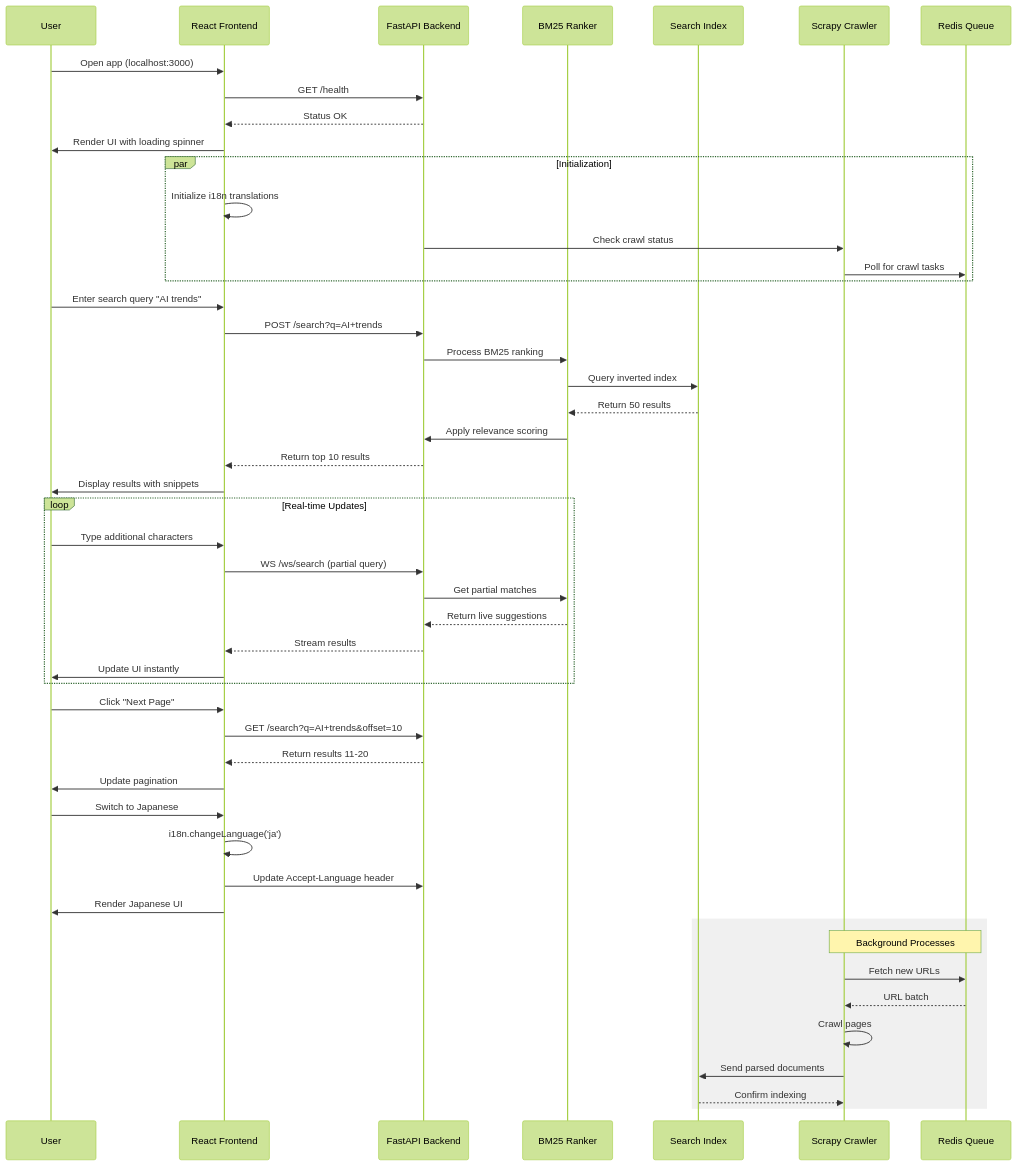
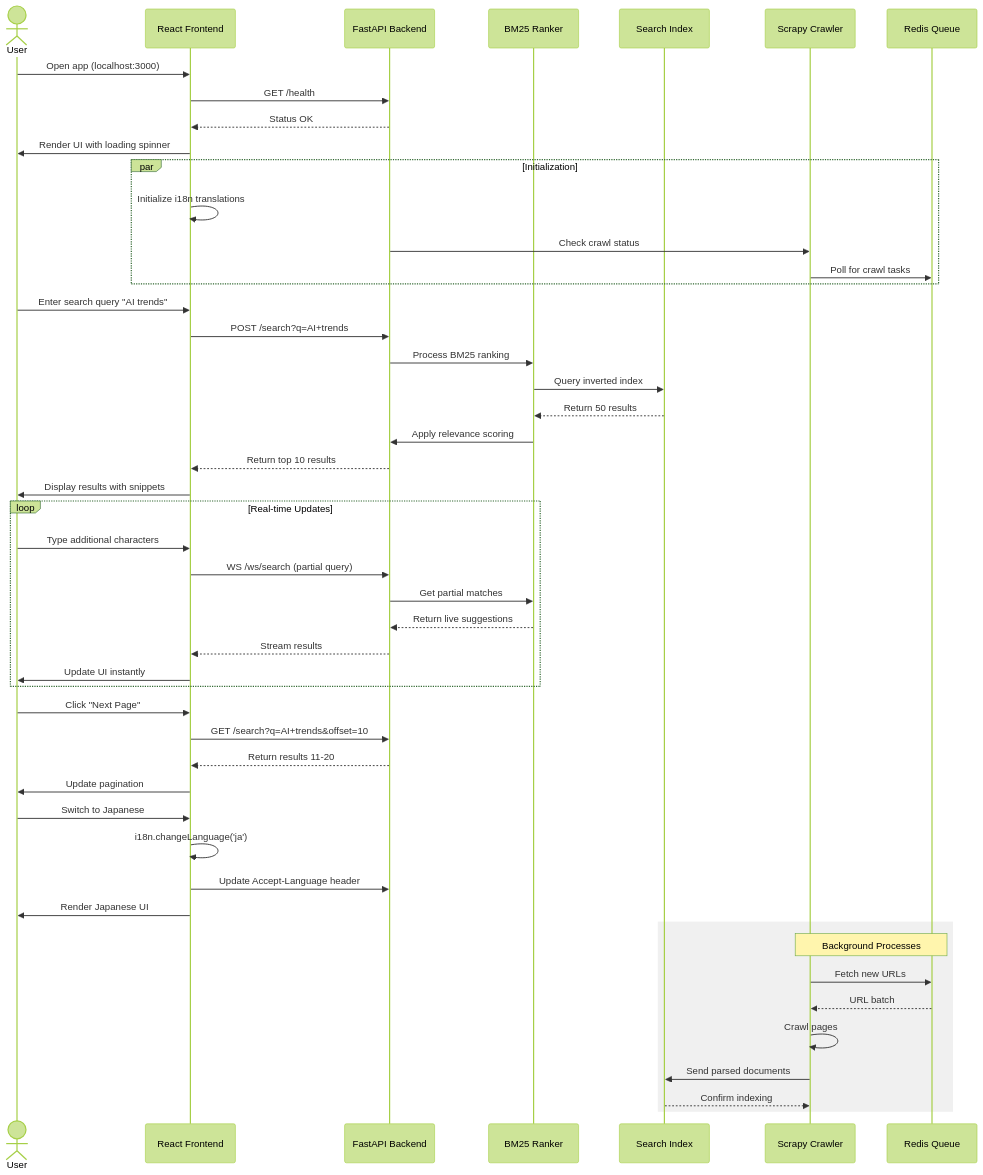
The first of 4 diagrams in README.md (gongahkia/nayuta), drawn with Mermaid (forest theme) before and after one commit.

Commit message:
omygaawd

````diff
--- a/README.md
+++ b/README.md
@@ -56,58 +56,58 @@
 ```mermaid
 sequenceDiagram
-    participant User
+    Actor User as User
     participant Frontend as React Frontend
     participant API as FastAPI Backend
     participant Ranker as BM25 Ranker
     participant Index as Search Index
     participant Crawler as Scrapy Crawler
     participant Queue as Redis Queue
 
     User->>Frontend: Open app (localhost:3000)
     Frontend->>API: GET /health
     API-->>Frontend: Status OK
     Frontend->>User: Render UI with loading spinner
 
     par Initialization
         Frontend->>Frontend: Initialize i18n translations
         API->>Crawler: Check crawl status
         Crawler->>Queue: Poll for crawl tasks
     end
 
     User->>Frontend: Enter search query "AI trends"
     Frontend->>API: POST /search?q=AI+trends
     API->>Ranker: Process BM25 ranking
     Ranker->>Index: Query inverted index
     Index-->>Ranker: Return 50 results
     Ranker->>API: Apply relevance scoring
     API-->>Frontend: Return top 10 results
     Frontend->>User: Display results with snippets
 
     loop Real-time Updates
         User->>Frontend: Type additional characters
         Frontend->>API: WS /ws/search (partial query)
         API->>Ranker: Get partial matches
         Ranker-->>API: Return live suggestions
         API-->>Frontend: Stream results
         Frontend->>User: Update UI instantly
     end
 
     User->>Frontend: Click "Next Page"
     Frontend->>API: GET /search?q=AI+trends&offset=10
     API-->>Frontend: Return results 11-20
     Frontend->>User: Update pagination
 
     User->>Frontend: Switch to Japanese
     Frontend->>Frontend: i18n.changeLanguage('ja')
     Frontend->>API: Update Accept-Language header
     Frontend->>User: Render Japanese UI
 
     rect rgb(240, 240, 240)
     Note over Crawler,Queue: Background Processes
         Crawler->>Queue: Fetch new URLs
         Queue-->>Crawler: URL batch
         Crawler->>Crawler: Crawl pages
         Crawler->>Index: Send parsed documents
         Index-->>Crawler: Confirm indexing
     end
 ```
````
